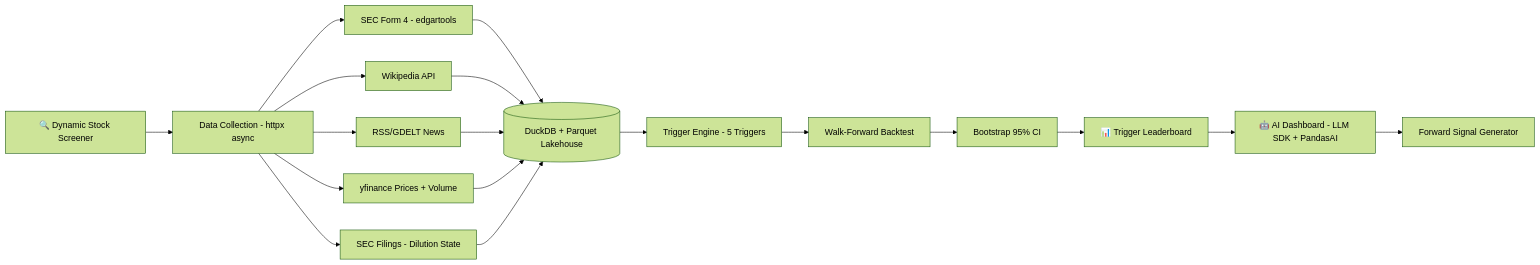
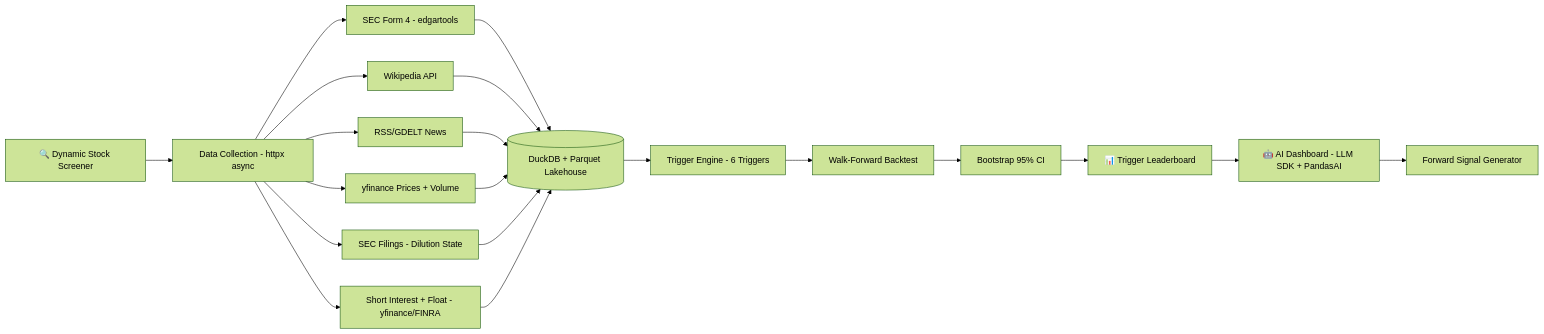
Before and after one commit to manuel-reyes-ml/data-portfolio: the diagram in project_scopes/ATTENTION_FLOW_CATALYST_SCOPE_v8_4.md, drawn with Mermaid (forest theme). The commit also changed other lines of this file, not shown here.

Commit message:
feat: include T6 as short squeeze context trigger for low-cap and <  listed stocks in USA stock markets.

````diff
--- a/project_scopes/ATTENTION_FLOW_CATALYST_SCOPE_v8_4.md
+++ b/project_scopes/ATTENTION_FLOW_CATALYST_SCOPE_v8_4.md
@@ -1429,16 +1476,17 @@
 ```mermaid
 flowchart LR
     A[🔍 Dynamic Stock Screener] --> B[Data Collection - httpx async]
     B --> B1[SEC Form 4 - edgartools]
     B --> B2[Wikipedia API]
     B --> B3[RSS/GDELT News]
     B --> B4[yfinance Prices + Volume]
     B --> B5[SEC Filings - Dilution State]
-    B1 & B2 & B3 & B4 & B5 --> C[(DuckDB + Parquet Lakehouse)]
-    C --> D[Trigger Engine - 5 Triggers]
+    B --> B6[Short Interest + Float - yfinance/FINRA]
+    B1 & B2 & B3 & B4 & B5 & B6 --> C[(DuckDB + Parquet Lakehouse)]
+    C --> D[Trigger Engine - 6 Triggers]
     D --> E[Walk-Forward Backtest]
     E --> F[Bootstrap 95% CI]
     F --> G[📊 Trigger Leaderboard]
     G --> H[🤖 AI Dashboard - LLM SDK + PandasAI]
     H --> I[Forward Signal Generator]
 ```
````
